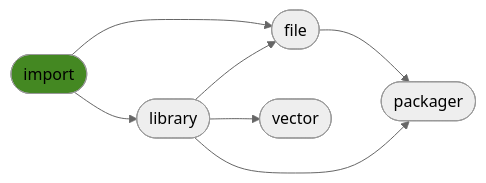
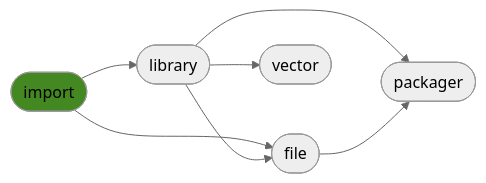
The diagram in README.md (ManderaGeneral/generalimport), drawn with Mermaid (neutral theme) before and after one commit. The commit also changed other lines of this file, not shown here.

````diff
--- a/README.md
+++ b/README.md
@@ -28,15 +28,15 @@
 ```mermaid
 flowchart LR
-2([file]) --> 4([packager])
-1([library]) --> 2([file])
 0([import]) --> 2([file])
 1([library]) --> 3([vector])
 1([library]) --> 4([packager])
 0([import]) --> 1([library])
+1([library]) --> 2([file])
+2([file]) --> 4([packager])
 click 0 "https://github.com/ManderaGeneral/generalimport"
 click 1 "https://github.com/ManderaGeneral/generallibrary"
 click 2 "https://github.com/ManderaGeneral/generalfile"
 click 3 "https://github.com/ManderaGeneral/generalvector"
 click 4 "https://github.com/ManderaGeneral/generalpackager"
 style 0 fill:#482
 ```
````
